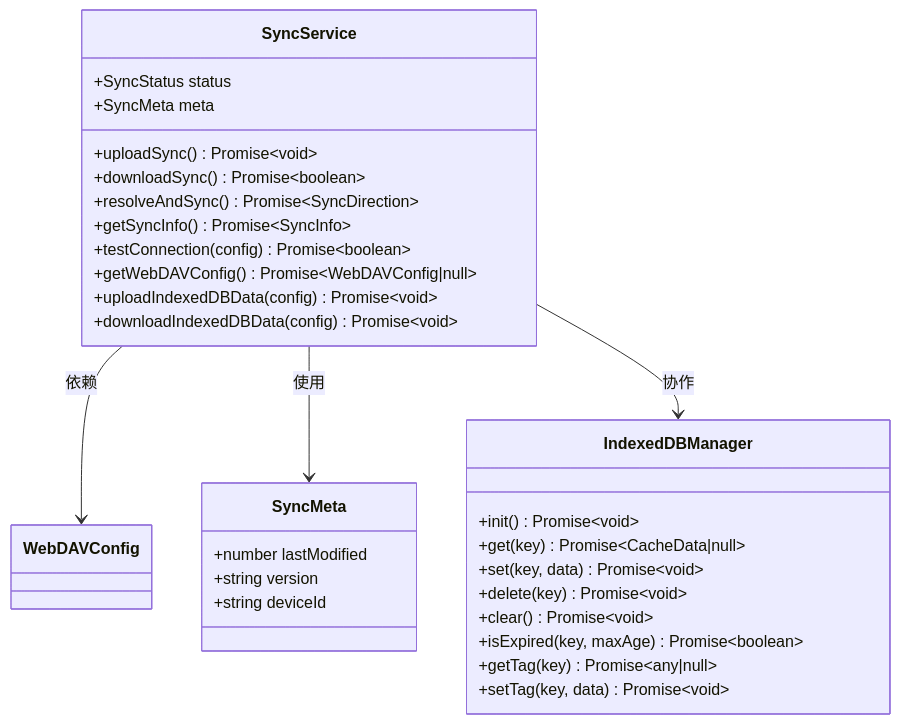
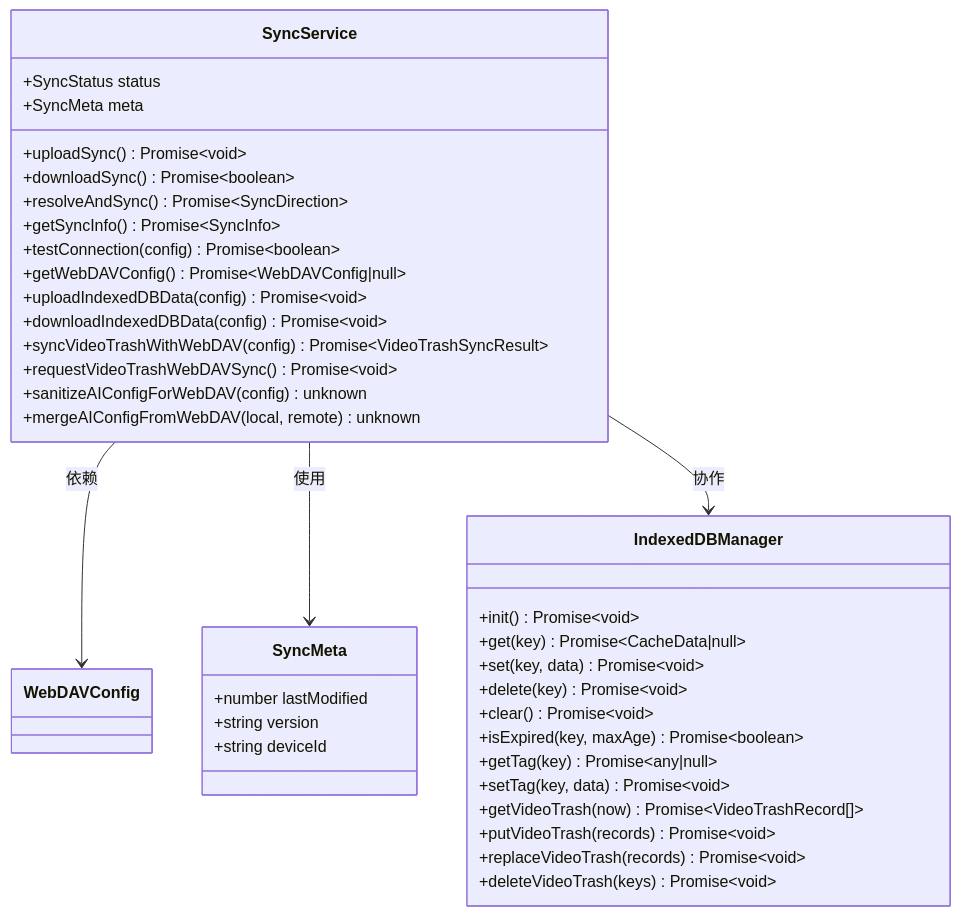
One commit to RadiumAg/bilibili-favorites changed the tenth of 17 diagrams in .qoder/repowiki/zh/content/核心功能模块/WebDAV云同步系统.md. Above: the diagram before and after it, drawn with Mermaid. The commit also changed other lines of this file and 47 other files, not shown here.

````diff
--- a/.qoder/repowiki/zh/content/核心功能模块/WebDAV云同步系统.md
+++ b/.qoder/repowiki/zh/content/核心功能模块/WebDAV云同步系统.md
@@ -274,33 +395,41 @@
 ```mermaid
 classDiagram
 class SyncService {
 +SyncStatus status
 +SyncMeta meta
 +uploadSync() Promise~void~
 +downloadSync() Promise~boolean~
 +resolveAndSync() Promise~SyncDirection~
 +getSyncInfo() Promise~SyncInfo~
 +testConnection(config) Promise~boolean~
 +getWebDAVConfig() Promise~WebDAVConfig|null~
 +uploadIndexedDBData(config) Promise~void~
 +downloadIndexedDBData(config) Promise~void~
++syncVideoTrashWithWebDAV(config) Promise~VideoTrashSyncResult~
++requestVideoTrashWebDAVSync() Promise~void~
++sanitizeAIConfigForWebDAV(config) unknown
++mergeAIConfigFromWebDAV(local, remote) unknown
 }
 class SyncMeta {
 +number lastModified
 +string version
 +string deviceId
 }
 class IndexedDBManager {
 +init() Promise~void~
 +get(key) Promise~CacheData|null~
 +set(key, data) Promise~void~
 +delete(key) Promise~void~
 +clear() Promise~void~
 +isExpired(key, maxAge) Promise~boolean~
 +getTag(key) Promise~any|null~
 +setTag(key, data) Promise~void~
++getVideoTrash(now) Promise~VideoTrashRecord[]~
++putVideoTrash(records) Promise~void~
++replaceVideoTrash(records) Promise~void~
++deleteVideoTrash(keys) Promise~void~
 }
 SyncService --> WebDAVConfig : 依赖
 SyncService --> SyncMeta : 使用
 SyncService --> IndexedDBManager : 协作
 ```
````
